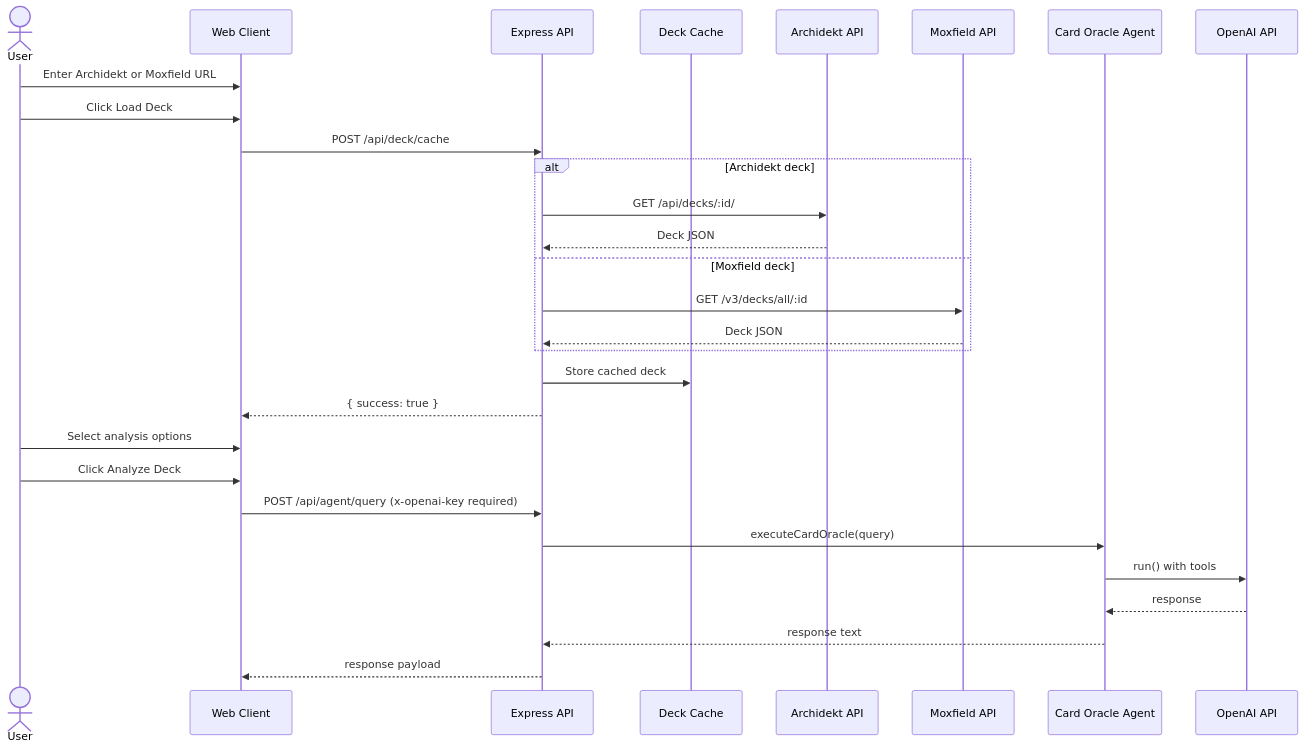
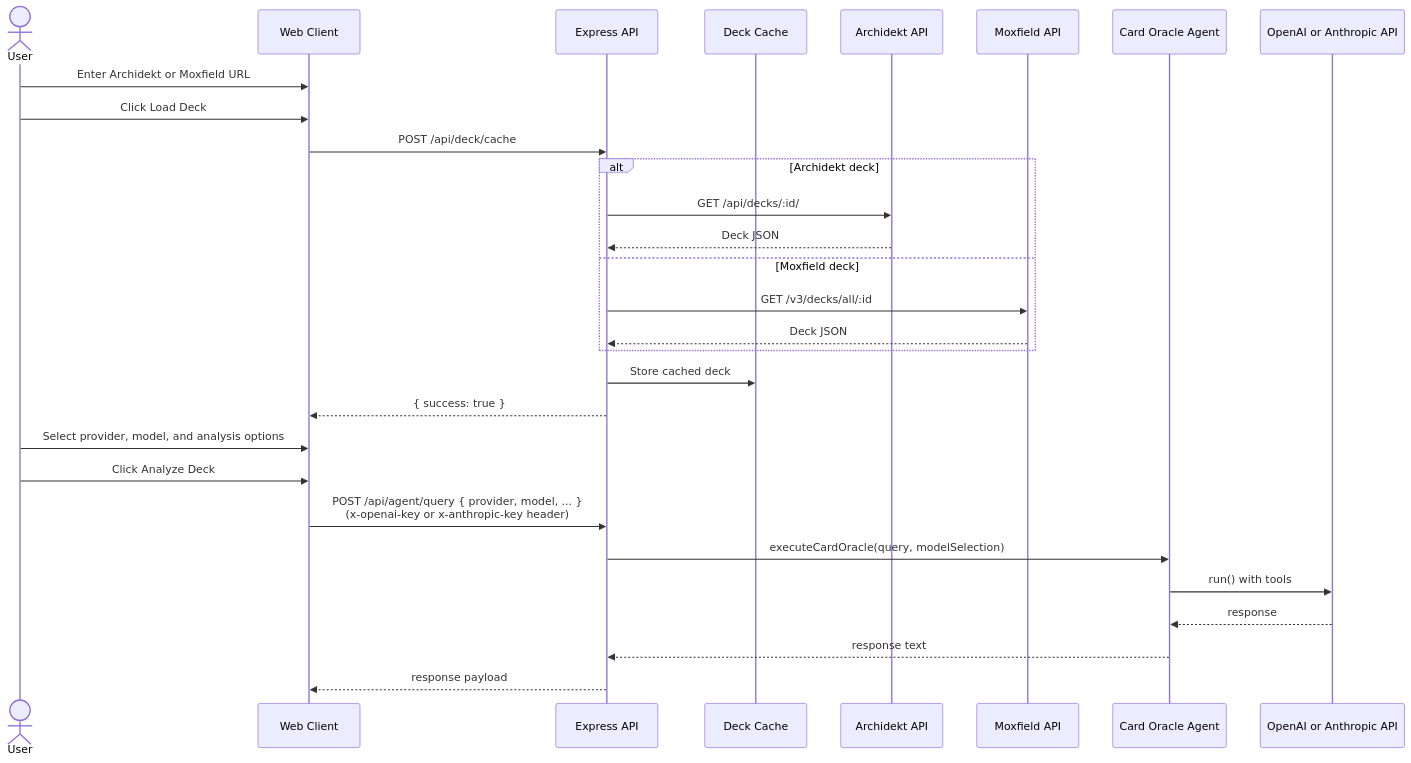
Before and after one commit to dougsaus/before-that-resolves: the first of 3 diagrams in docs/interaction.md, drawn with Mermaid. The commit also changed other lines of this file and 26 other files, not shown here.

First line of the commit message:
Add Anthropic Claude provider support alongside OpenAI

````diff
--- a/docs/interaction.md
+++ b/docs/interaction.md
@@ -7,33 +7,33 @@
 ```mermaid
 sequenceDiagram
   actor User
   participant UI as Web Client
   participant API as Express API
   participant Deck as Deck Cache
   participant Archidekt as Archidekt API
   participant Moxfield as Moxfield API
   participant Agent as Card Oracle Agent
-  participant OpenAI as OpenAI API
+  participant LLM as OpenAI or Anthropic API
 
   User->>UI: Enter Archidekt or Moxfield URL
   User->>UI: Click Load Deck
   UI->>API: POST /api/deck/cache
   alt Archidekt deck
     API->>Archidekt: GET /api/decks/:id/
     Archidekt-->>API: Deck JSON
   else Moxfield deck
     API->>Moxfield: GET /v3/decks/all/:id
     Moxfield-->>API: Deck JSON
   end
   API->>Deck: Store cached deck
   API-->>UI: { success: true }
 
-  User->>UI: Select analysis options
+  User->>UI: Select provider, model, and analysis options
   User->>UI: Click Analyze Deck
-  UI->>API: POST /api/agent/query (x-openai-key required)
-  API->>Agent: executeCardOracle(query)
-  Agent->>OpenAI: run() with tools
-  OpenAI-->>Agent: response
+  UI->>API: POST /api/agent/query { provider, model, ... }<br/>(x-openai-key or x-anthropic-key header)
+  API->>Agent: executeCardOracle(query, modelSelection)
+  Agent->>LLM: run() with tools
+  LLM-->>Agent: response
   Agent-->>API: response text
   API-->>UI: response payload
 ```
````
